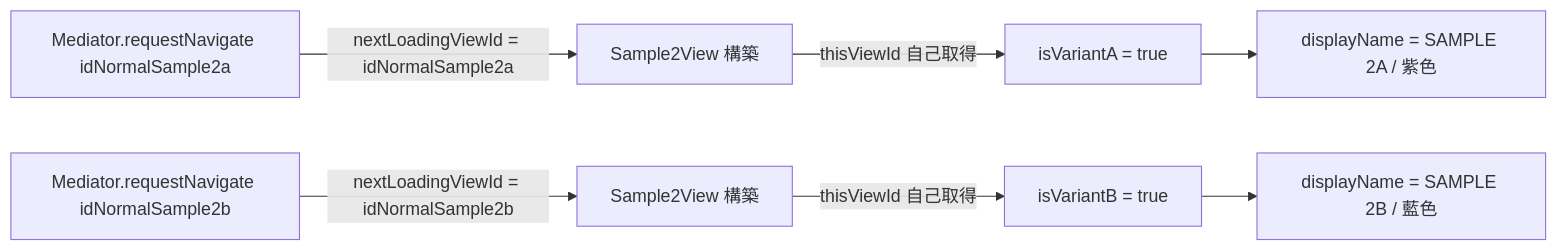
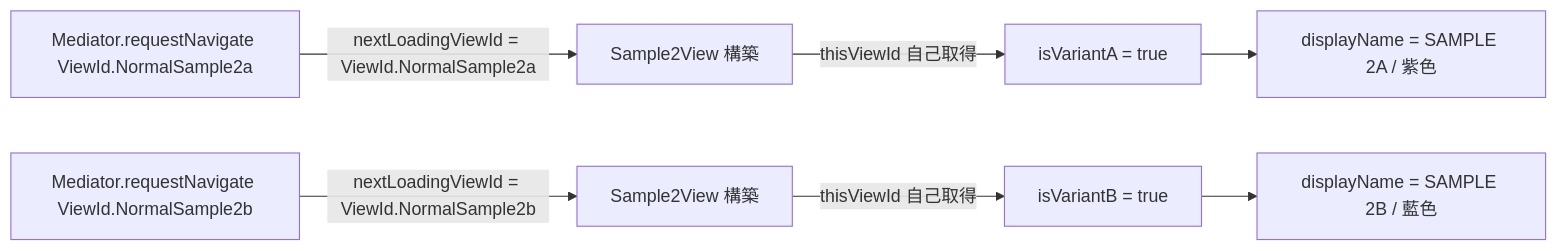
The ninth of 11 diagrams in docs/flows.md (yuya-kadono/qul-loader-navigation-poc), drawn with Mermaid before and after one commit. The commit also changed other lines of this file and 31 other files, not shown here.

````diff
--- a/docs/flows.md
+++ b/docs/flows.md
@@ -295,10 +307,10 @@
 ```mermaid
 flowchart LR
-    A[Mediator.requestNavigate idNormalSample2a] -->|nextLoadingViewId = idNormalSample2a| B[Sample2View 構築]
+    A[Mediator.requestNavigate ViewId.NormalSample2a] -->|nextLoadingViewId = ViewId.NormalSample2a| B[Sample2View 構築]
     B -->|thisViewId 自己取得| C[isVariantA = true]
     C --> D[displayName = SAMPLE 2A / 紫色]
 
-    E[Mediator.requestNavigate idNormalSample2b] -->|nextLoadingViewId = idNormalSample2b| F[Sample2View 構築]
+    E[Mediator.requestNavigate ViewId.NormalSample2b] -->|nextLoadingViewId = ViewId.NormalSample2b| F[Sample2View 構築]
     F -->|thisViewId 自己取得| G[isVariantB = true]
     G --> H[displayName = SAMPLE 2B / 藍色]
 ```
````
